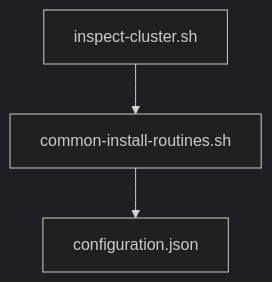
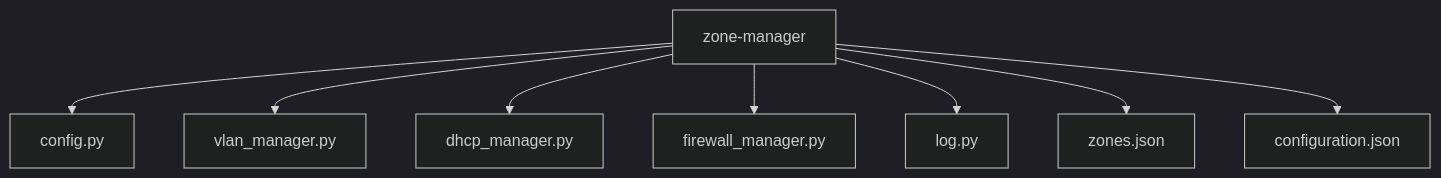
One commit to TAPPaaS/TAPPaaS changed the ninth of 14 diagrams in src/foundation/DEPENDENCIES.md. Above: the diagram before and after it, drawn with Mermaid (dark theme). The commit also changed other lines of this file and 3 other files, not shown here.

Commit message:
updated dependency graphs

````diff
--- a/src/foundation/DEPENDENCIES.md
+++ b/src/foundation/DEPENDENCIES.md
@@ -284,5 +333,10 @@
 ```mermaid
 graph TD
-    A["inspect-cluster.sh"] --> B["common-install-routines.sh"]
-    B --> C["configuration.json"]
+    A["zone-manager"] --> B["config.py"]
+    A --> C["vlan_manager.py"]
+    A --> D["dhcp_manager.py"]
+    A --> E["firewall_manager.py"]
+    A --> F["log.py"]
+    A --> G["zones.json"]
+    A --> H["configuration.json"]
 ```
````
